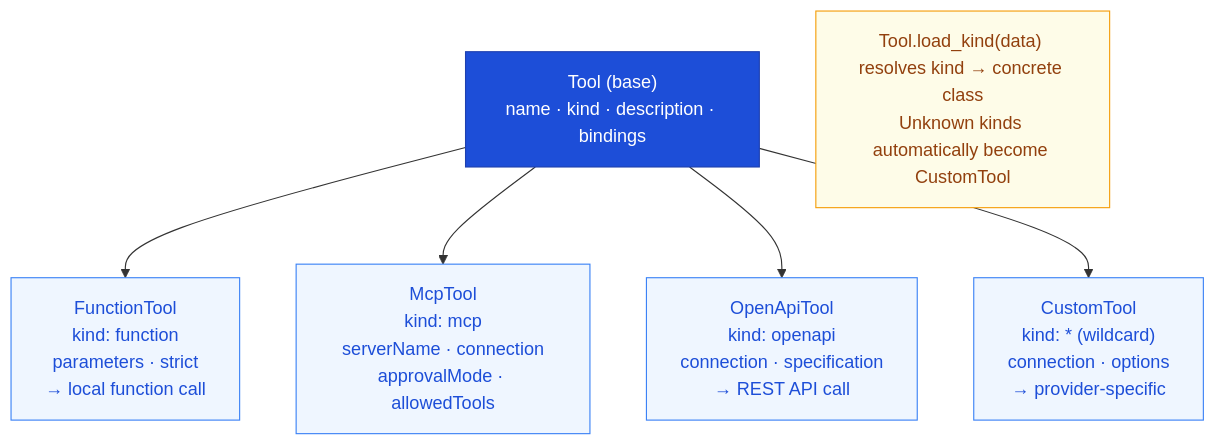
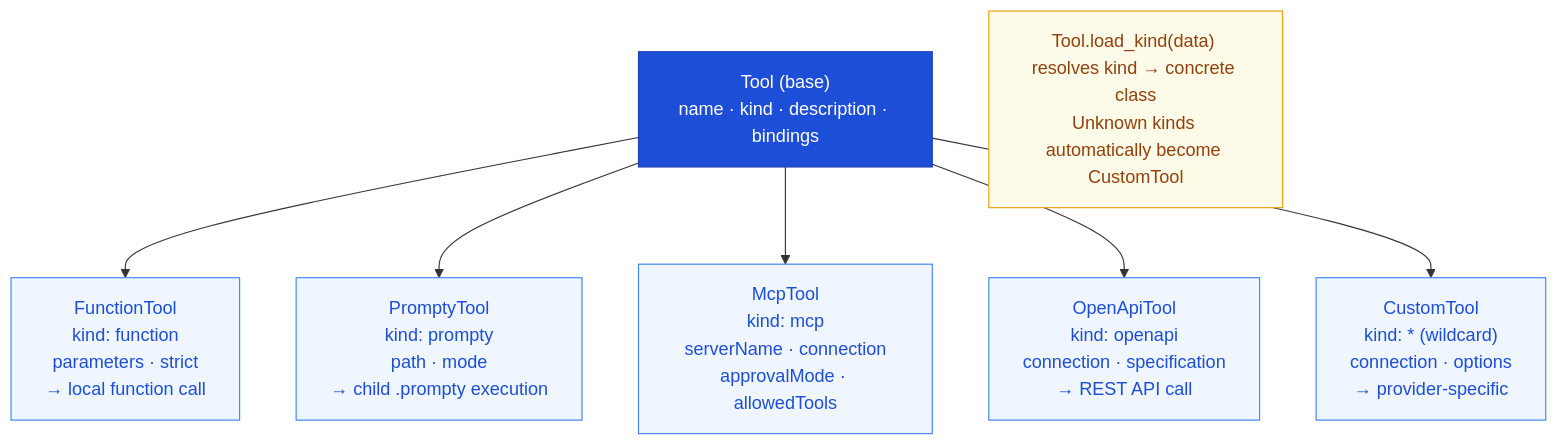
Before and after one commit to microsoft/prompty: the diagram in web/src/content/docs/core-concepts/tools.mdx, drawn with Mermaid. The commit also changed other lines of this file and 1 other file, not shown here.

First line of the commit message:
docs: fix spec alignment — PromptyTool, MCP approval, default role, template shorthand

````diff
--- a/web/src/content/docs/core-concepts/tools.mdx
+++ b/web/src/content/docs/core-concepts/tools.mdx
@@ -39,17 +39,19 @@
 ```mermaid
 flowchart TD
     Tool["Tool (base)\nname · kind · description · bindings"]
     Tool --> FunctionTool["FunctionTool\nkind: function\nparameters · strict\n→ local function call"]
+    Tool --> PromptyTool["PromptyTool\nkind: prompty\npath · mode\n→ child .prompty execution"]
     Tool --> McpTool["McpTool\nkind: mcp\nserverName · connection\napprovalMode · allowedTools"]
     Tool --> OpenApiTool["OpenApiTool\nkind: openapi\nconnection · specification\n→ REST API call"]
     Tool --> CustomTool["CustomTool\nkind: * (wildcard)\nconnection · options\n→ provider-specific"]
 
     Dispatch["Tool.load_kind(data) resolves kind → concrete class\nUnknown kinds automatically become CustomTool"]
 
     style Tool fill:#1d4ed8,stroke:#1e40af,color:#fff
     style FunctionTool fill:#eff6ff,stroke:#3b82f6,color:#1d4ed8
+    style PromptyTool fill:#eff6ff,stroke:#3b82f6,color:#1d4ed8
     style McpTool fill:#eff6ff,stroke:#3b82f6,color:#1d4ed8
     style OpenApiTool fill:#eff6ff,stroke:#3b82f6,color:#1d4ed8
     style CustomTool fill:#eff6ff,stroke:#3b82f6,color:#1d4ed8
     style Dispatch fill:#fefce8,stroke:#f59e0b,color:#92400e
 ```
````
